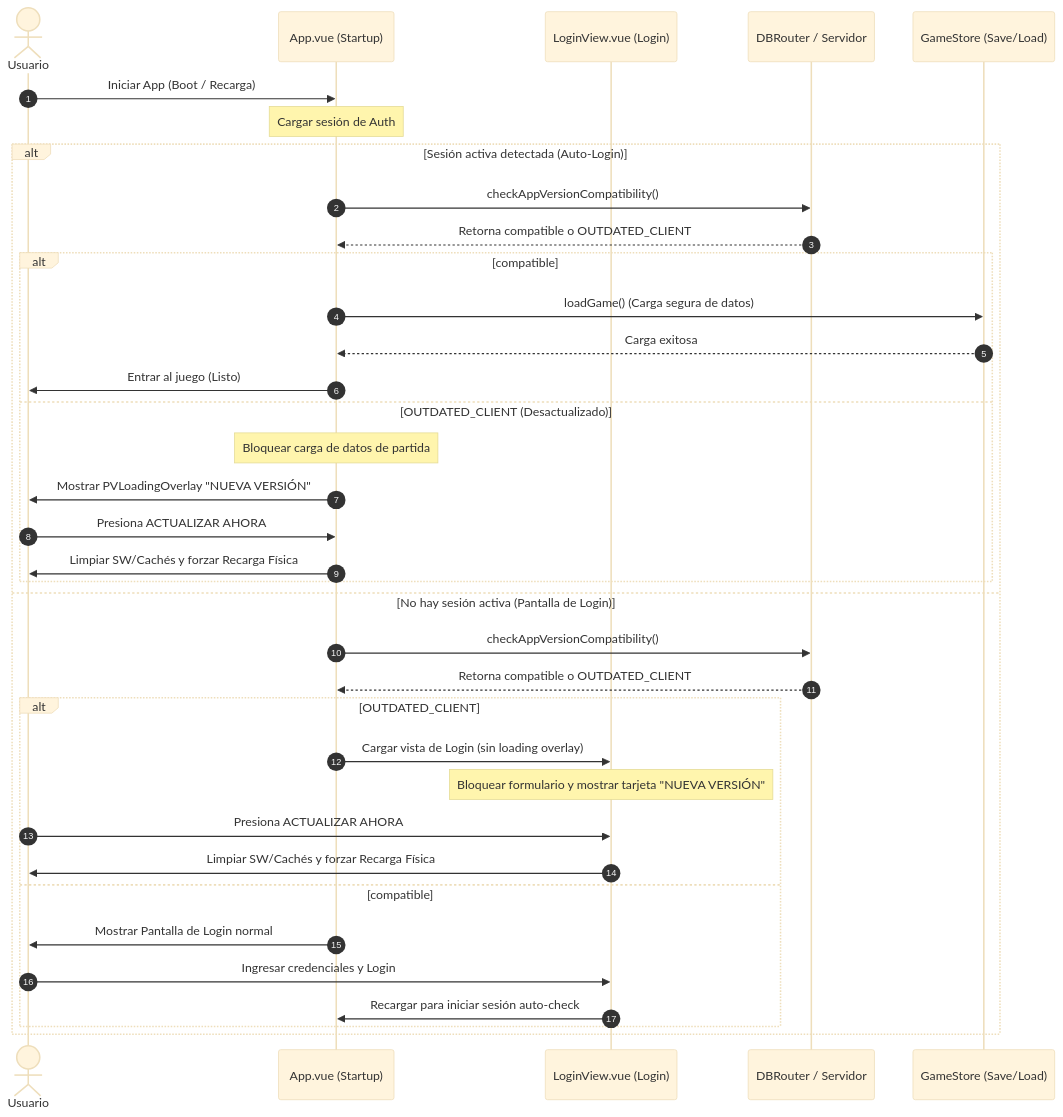
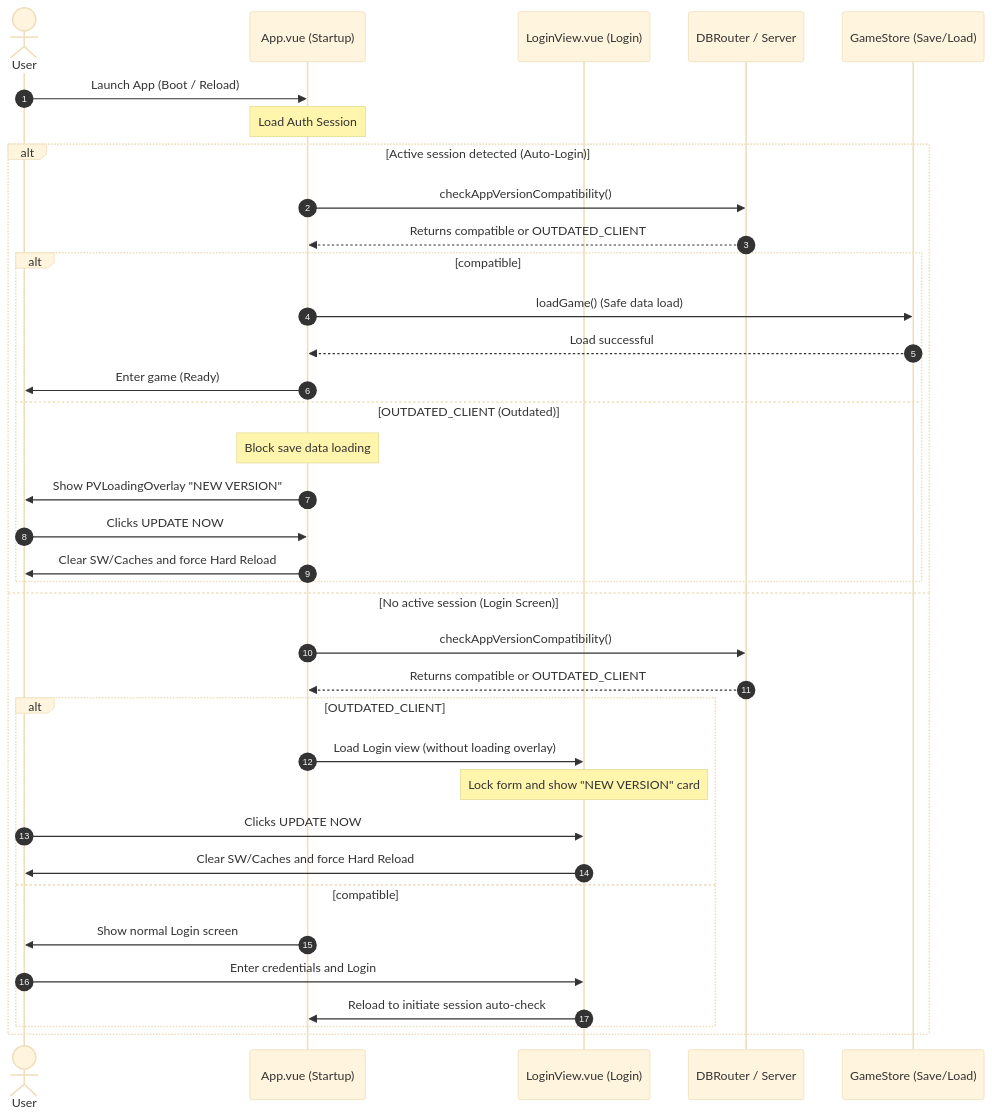
One commit to Darkham77/PokeBorrador changed the second of 2 diagrams in .agents/skills/project-standards/references/technical/save_system_manual.md. Above: the diagram before and after it, drawn with Mermaid (base theme). The commit also changed other lines of this file and 79 other files, not shown here.

````diff
--- a/.agents/skills/project-standards/references/technical/save_system_manual.md
+++ b/.agents/skills/project-standards/references/technical/save_system_manual.md
@@ -132,39 +132,39 @@
 ```mermaid
 sequenceDiagram
     autonumber
-    actor Usuario
+    actor User
     participant App as App.vue (Startup)
     participant LoginView as LoginView.vue (Login)
-    participant DB as DBRouter / Servidor
+    participant DB as DBRouter / Server
     participant GameStore as GameStore (Save/Load)
     
-    Usuario->>App: Iniciar App (Boot / Recarga)
-    Note over App: Cargar sesión de Auth
-    alt Sesión activa detectada (Auto-Login)
+    User->>App: Launch App (Boot / Reload)
+    Note over App: Load Auth Session
+    alt Active session detected (Auto-Login)
         App->>DB: checkAppVersionCompatibility()
-        DB-->>App: Retorna compatible o OUTDATED_CLIENT
+        DB-->>App: Returns compatible or OUTDATED_CLIENT
         alt compatible
-            App->>GameStore: loadGame() (Carga segura de datos)
-            GameStore-->>App: Carga exitosa
-            App->>Usuario: Entrar al juego (Listo)
-        else OUTDATED_CLIENT (Desactualizado)
-            Note over App: Bloquear carga de datos de partida
-            App->>Usuario: Mostrar PVLoadingOverlay "NUEVA VERSIÓN"
-            Usuario->>App: Presiona ACTUALIZAR AHORA
-            App->>Usuario: Limpiar SW/Cachés y forzar Recarga Física
+            App->>GameStore: loadGame() (Safe data load)
+            GameStore-->>App: Load successful
+            App->>User: Enter game (Ready)
+        else OUTDATED_CLIENT (Outdated)
+            Note over App: Block save data loading
+            App->>User: Show PVLoadingOverlay "NEW VERSION"
+            User->>App: Clicks UPDATE NOW
+            App->>User: Clear SW/Caches and force Hard Reload
         end
-    else No hay sesión activa (Pantalla de Login)
+    else No active session (Login Screen)
         App->>DB: checkAppVersionCompatibility()
-        DB-->>App: Retorna compatible o OUTDATED_CLIENT
+        DB-->>App: Returns compatible or OUTDATED_CLIENT
         alt OUTDATED_CLIENT
-            App->>LoginView: Cargar vista de Login (sin loading overlay)
-            Note over LoginView: Bloquear formulario y mostrar tarjeta "NUEVA VERSIÓN"
-            Usuario->>LoginView: Presiona ACTUALIZAR AHORA
-            LoginView->>Usuario: Limpiar SW/Cachés y forzar Recarga Física
+            App->>LoginView: Load Login view (without loading overlay)
+            Note over LoginView: Lock form and show "NEW VERSION" card
+            User->>LoginView: Clicks UPDATE NOW
+            LoginView->>User: Clear SW/Caches and force Hard Reload
         else compatible
-            App->>Usuario: Mostrar Pantalla de Login normal
-            Usuario->>LoginView: Ingresar credenciales y Login
-            LoginView->>App: Recargar para iniciar sesión auto-check
+            App->>User: Show normal Login screen
+            User->>LoginView: Enter credentials and Login
+            LoginView->>App: Reload to initiate session auto-check
         end
     end
 ```
````
